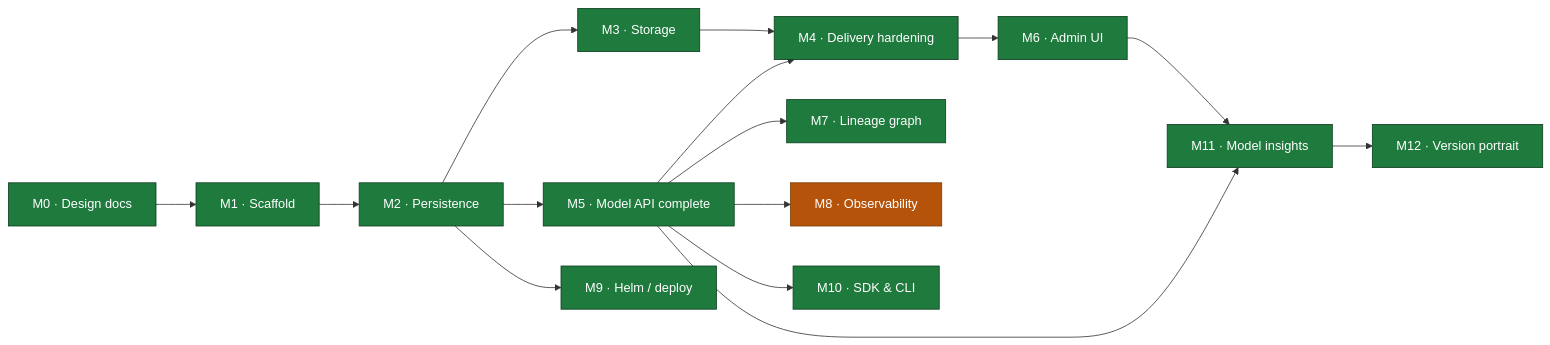
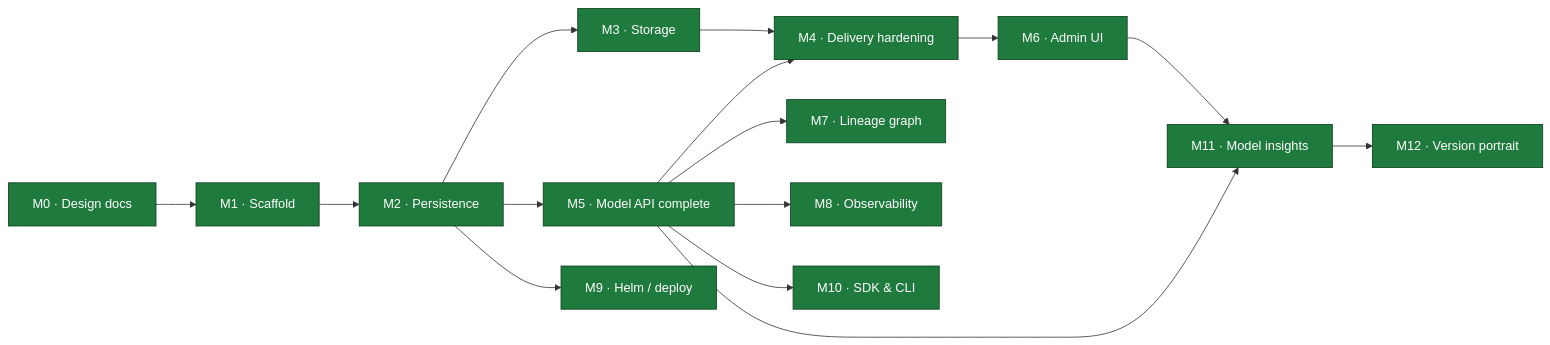
Before and after one commit to proseria-research/lineage: the diagram in MILESTONES.md, drawn with Mermaid. The commit also changed other lines of this file and 20 other files, not shown here.

````diff
--- a/MILESTONES.md
+++ b/MILESTONES.md
@@ -11,23 +11,22 @@
 ```mermaid
 flowchart LR
     M0["M0 · Design docs"] --> M1["M1 · Scaffold"]
     M1 --> M2["M2 · Persistence"]
     M2 --> M3["M3 · Storage"]
     M2 --> M5["M5 · Model API complete"]
     M3 --> M4["M4 · Delivery hardening"]
     M5 --> M4
     M5 --> M7["M7 · Lineage graph"]
     M4 --> M6["M6 · Admin UI"]
     M5 --> M8["M8 · Observability"]
     M2 --> M9["M9 · Helm / deploy"]
     M5 --> M10["M10 · SDK & CLI"]
     M5 --> M11["M11 · Model insights"]
     M6 --> M11
     M11 --> M12["M12 · Version portrait"]
 
     classDef done fill:#1f7a3d,stroke:#0d3d1e,color:#fff;
     classDef active fill:#b45309,stroke:#7c3a06,color:#fff;
     classDef todo fill:#334155,stroke:#1e293b,color:#fff;
-    class M0,M1,M2,M3,M4,M5,M6,M7,M9,M10,M11,M12 done;
-    class M8 active;
+    class M0,M1,M2,M3,M4,M5,M6,M7,M8,M9,M10,M11,M12 done;
 ```
````
